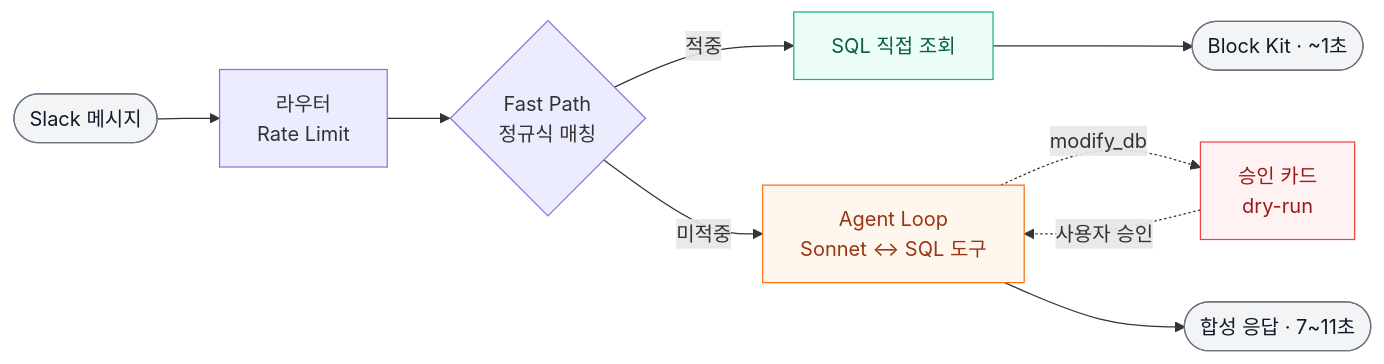
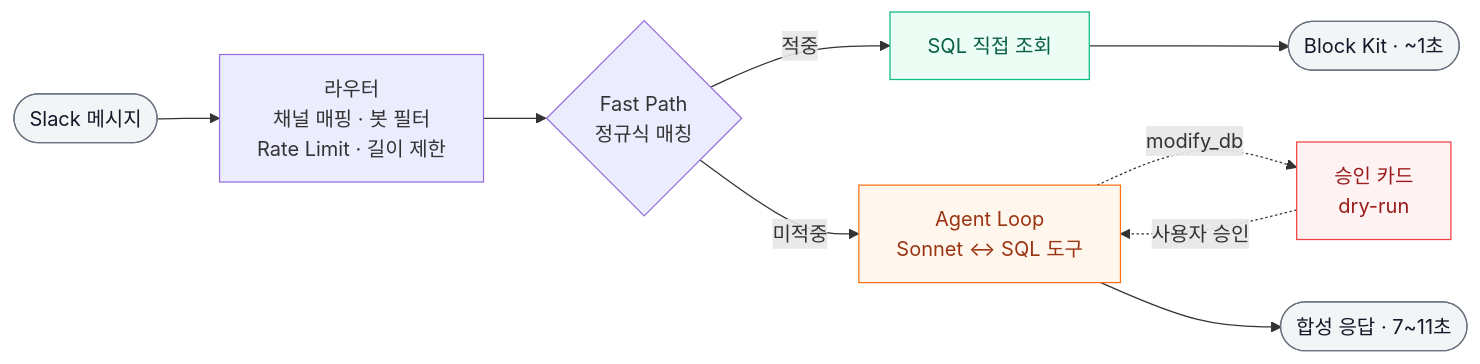
Before and after one commit to hyewon3938/slack-ai-agents: the second of 4 diagrams in README.md, drawn with Mermaid. The commit also changed other lines of this file, not shown here.

````diff
--- a/README.md
+++ b/README.md
@@ -65,20 +68,20 @@
 ```mermaid
 graph LR
-    U([Slack 메시지]) --> R[라우터<br/>Rate Limit]
+    U([Slack 메시지]) --> R[라우터<br/>채널 매핑 · 봇 필터<br/>Rate Limit · 길이 제한]
     R --> F{Fast Path<br/>정규식 매칭}
     F -->|적중| FP[SQL 직접 조회]
     F -->|미적중| AL[Agent Loop<br/>Sonnet ↔ SQL 도구]
     AL -. modify_db .-> A[승인 카드<br/>dry-run]
     A -. 사용자 승인 .-> AL
     FP --> O1([Block Kit · ~1초])
     AL --> O2([합성 응답 · 7~11초])
 
     classDef io fill:#f3f4f6,stroke:#6b7280,color:#111827
     classDef fast fill:#ecfdf5,stroke:#10b981,color:#065f46
     classDef loop fill:#fff7ed,stroke:#f97316,color:#9a3412
     classDef guard fill:#fef2f2,stroke:#ef4444,color:#991b1b
     class U,O1,O2 io
     class FP fast
     class AL loop
     class A guard
 ```
````
